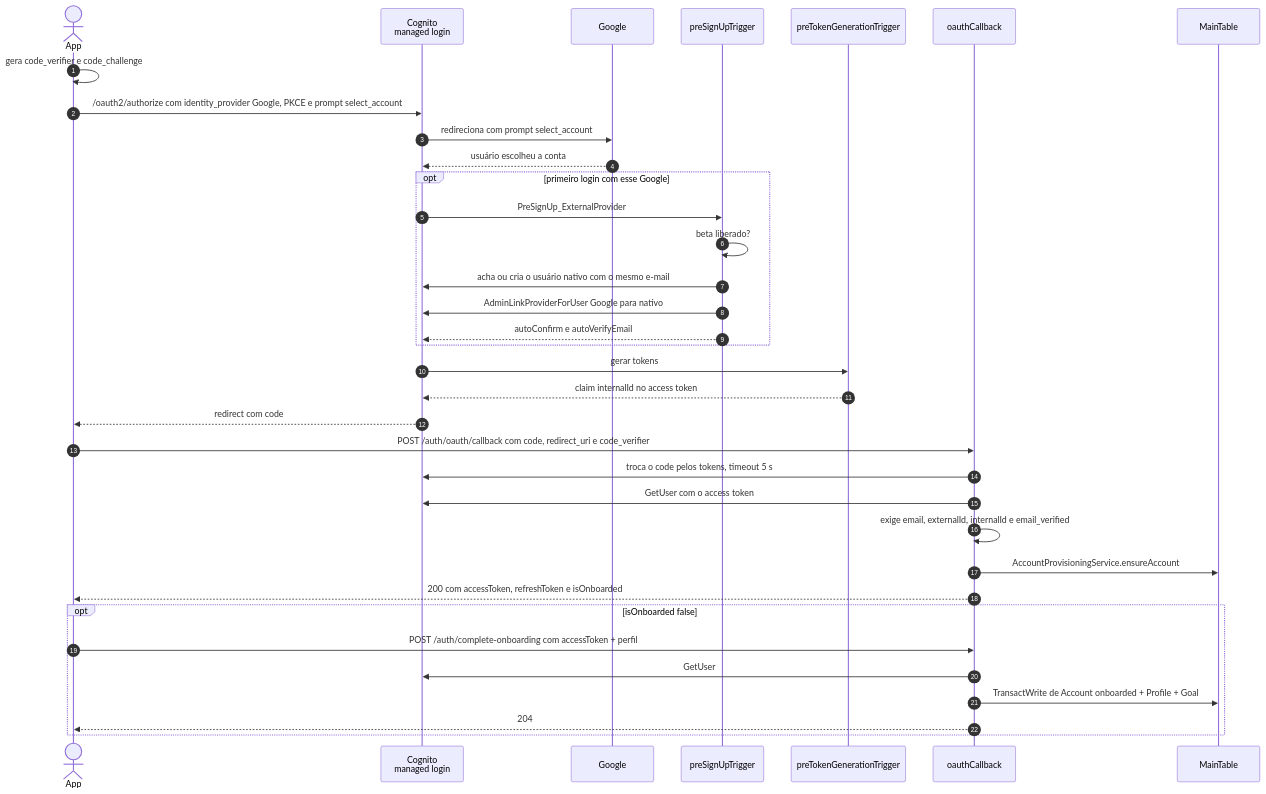
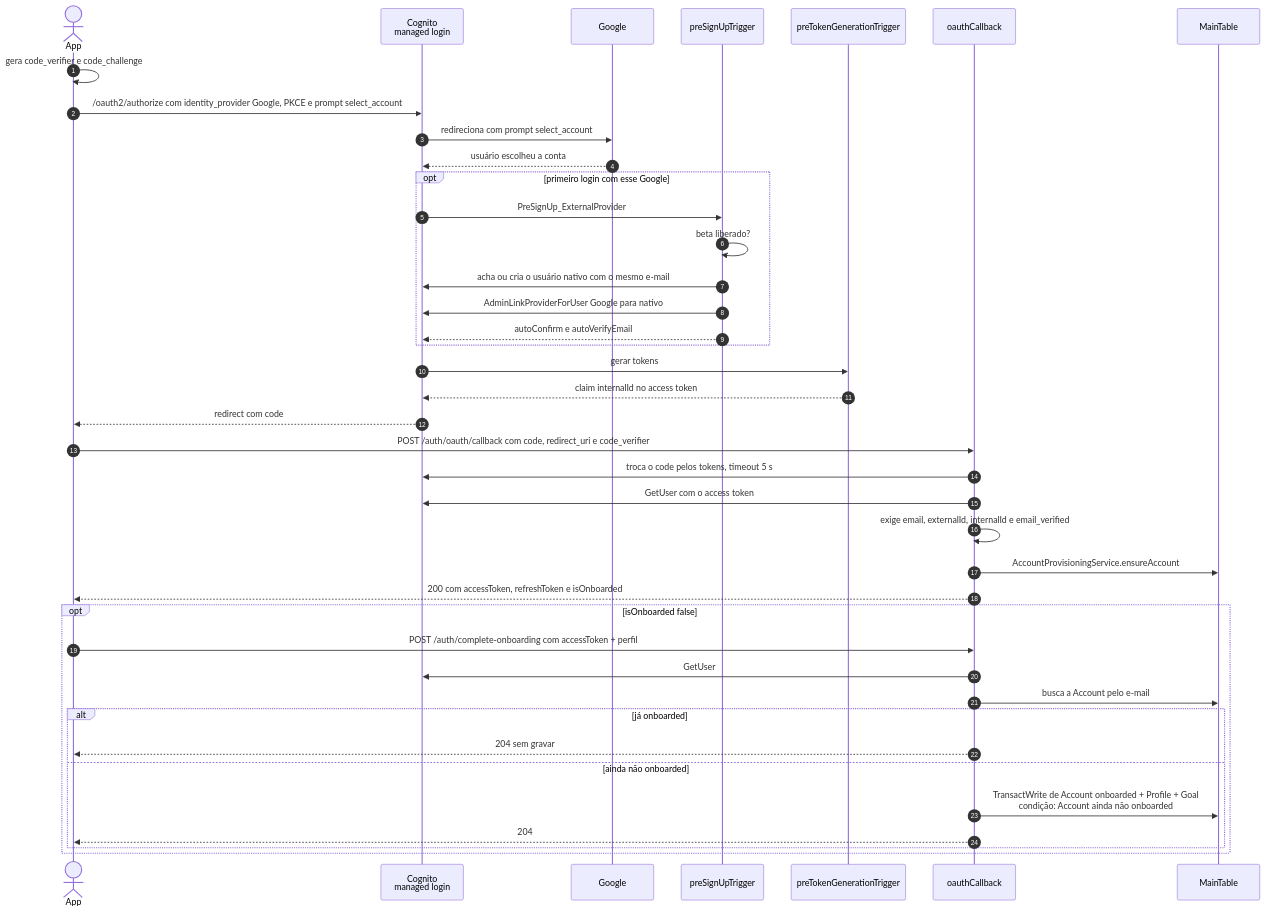
One commit to nivaldoandrade/nacal-api changed the first of 2 diagrams in docs/guide/fluxos/auth-google-oauth.md. Above: the diagram before and after it, drawn with Mermaid. The commit also changed other lines of this file and 10 other files, not shown here.

````diff
--- a/docs/guide/fluxos/auth-google-oauth.md
+++ b/docs/guide/fluxos/auth-google-oauth.md
@@ -15,40 +15,45 @@
 ```mermaid
 sequenceDiagram
     autonumber
     actor U as App
     participant Cog as Cognito<br/>managed login
     participant G as Google
     participant Pre as preSignUpTrigger
     participant Tok as preTokenGenerationTrigger
     participant API as oauthCallback
     participant DB as MainTable
 
     U->>U: gera code_verifier e code_challenge
     U->>Cog: /oauth2/authorize com identity_provider Google, PKCE e prompt select_account
     Cog->>G: redireciona com prompt select_account
     G-->>Cog: usuário escolheu a conta
     opt primeiro login com esse Google
         Cog->>Pre: PreSignUp_ExternalProvider
         Pre->>Pre: beta liberado?
         Pre->>Cog: acha ou cria o usuário nativo com o mesmo e-mail
         Pre->>Cog: AdminLinkProviderForUser Google para nativo
         Pre-->>Cog: autoConfirm e autoVerifyEmail
     end
     Cog->>Tok: gerar tokens
     Tok-->>Cog: claim internalId no access token
     Cog-->>U: redirect com code
 
     U->>API: POST /auth/oauth/callback com code, redirect_uri e code_verifier
     API->>Cog: troca o code pelos tokens, timeout 5 s
     API->>Cog: GetUser com o access token
     API->>API: exige email, externalId, internalId e email_verified
     API->>DB: AccountProvisioningService.ensureAccount
     API-->>U: 200 com accessToken, refreshToken e isOnboarded
 
     opt isOnboarded false
         U->>API: POST /auth/complete-onboarding com accessToken + perfil
         API->>Cog: GetUser
-        API->>DB: TransactWrite de Account onboarded + Profile + Goal
-        API-->>U: 204
+        API->>DB: busca a Account pelo e-mail
+        alt já onboarded
+            API-->>U: 204 sem gravar
+        else ainda não onboarded
+            API->>DB: TransactWrite de Account onboarded + Profile + Goal<br/>condição: Account ainda não onboarded
+            API-->>U: 204
+        end
     end
 ```
````
